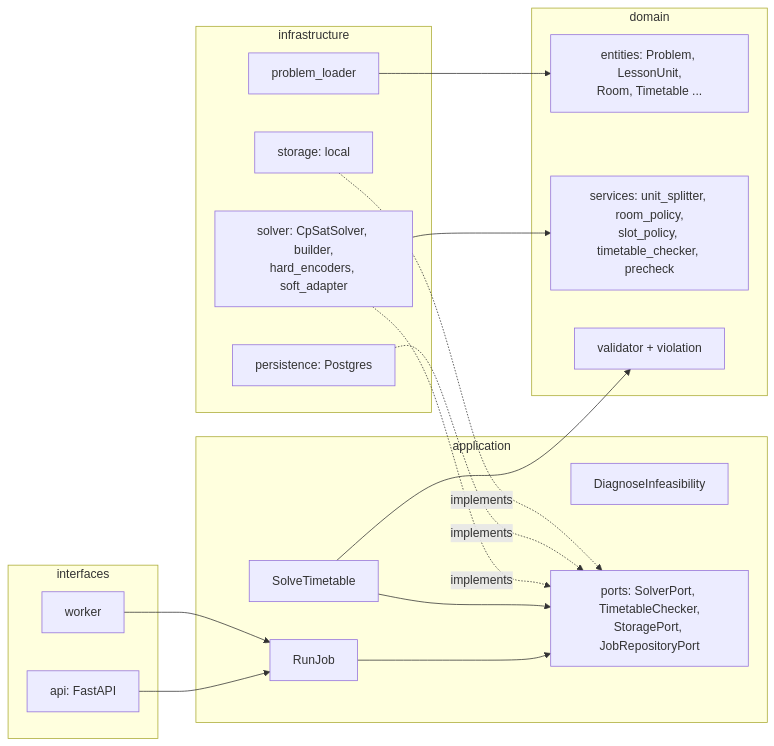
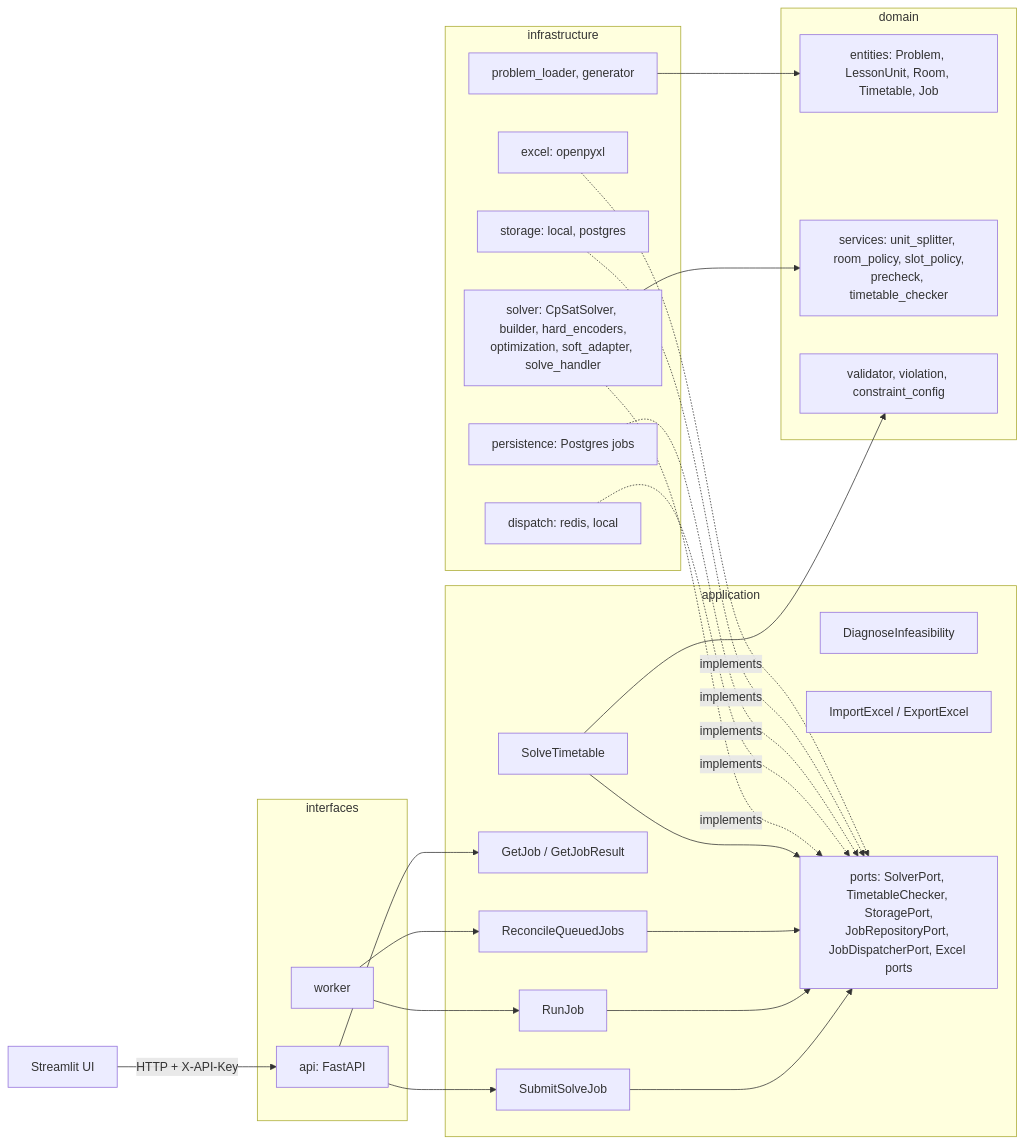
One commit to DuongQuangMinh0105/timetable-solver changed the diagram in docs/architecture.md. Above: the diagram before and after it, drawn with Mermaid. The commit also changed other lines of this file and 5 other files, not shown here.

````diff
--- a/docs/architecture.md
+++ b/docs/architecture.md
@@ -6,34 +6,47 @@
 ```mermaid
 flowchart LR
+    UI[Streamlit UI] -->|HTTP + X-API-Key| API
     subgraph interfaces
         API[api: FastAPI]
         WK[worker]
     end
     subgraph application
+        SJ[SubmitSolveJob]
+        GJ[GetJob / GetJobResult]
         RJ[RunJob]
+        RQ[ReconcileQueuedJobs]
         ST[SolveTimetable]
         DI[DiagnoseInfeasibility]
-        PS[ports: SolverPort, TimetableChecker,\nStoragePort, JobRepositoryPort]
+        XL[ImportExcel / ExportExcel]
+        PS[ports: SolverPort, TimetableChecker, StoragePort,\nJobRepositoryPort, JobDispatcherPort, Excel ports]
     end
     subgraph domain
-        EN[entities: Problem, LessonUnit,\nRoom, Timetable ...]
-        SV[services: unit_splitter, room_policy,\nslot_policy, timetable_checker, precheck]
-        VAL[validator + violation]
+        EN[entities: Problem, LessonUnit, Room, Timetable, Job]
+        SV[services: unit_splitter, room_policy, slot_policy,\nprecheck, timetable_checker]
+        VAL[validator, violation, constraint_config]
     end
     subgraph infrastructure
-        CP[solver: CpSatSolver, builder,\nhard_encoders, soft_adapter]
-        PL[problem_loader]
-        PG[persistence: Postgres]
-        ST2[storage: local]
+        CP[solver: CpSatSolver, builder, hard_encoders,\noptimization, soft_adapter, solve_handler]
+        DP[dispatch: redis, local]
+        PG[persistence: Postgres jobs]
+        SG[storage: local, postgres]
+        EX[excel: openpyxl]
+        PL[problem_loader, generator]
     end
-    API --> RJ
+    API --> SJ
+    API --> GJ
     WK --> RJ
+    WK --> RQ
+    SJ --> PS
     RJ --> PS
+    RQ --> PS
     ST --> PS
     ST --> VAL
     CP -.implements.-> PS
+    DP -.implements.-> PS
     PG -.implements.-> PS
-    ST2 -.implements.-> PS
+    SG -.implements.-> PS
+    EX -.implements.-> PS
     PL --> EN
     CP --> SV
 ```
````
